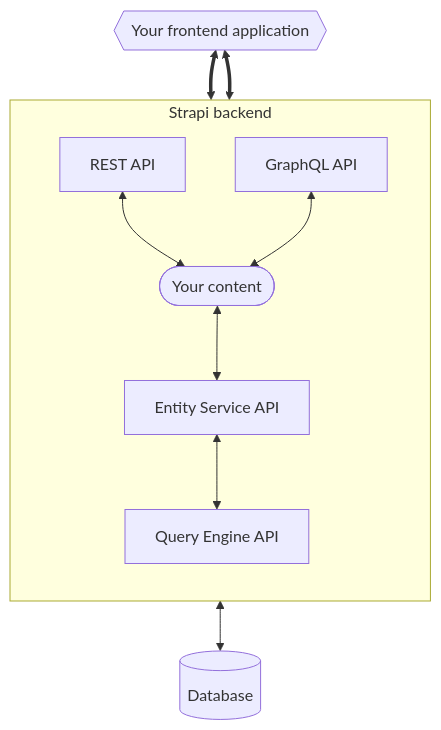
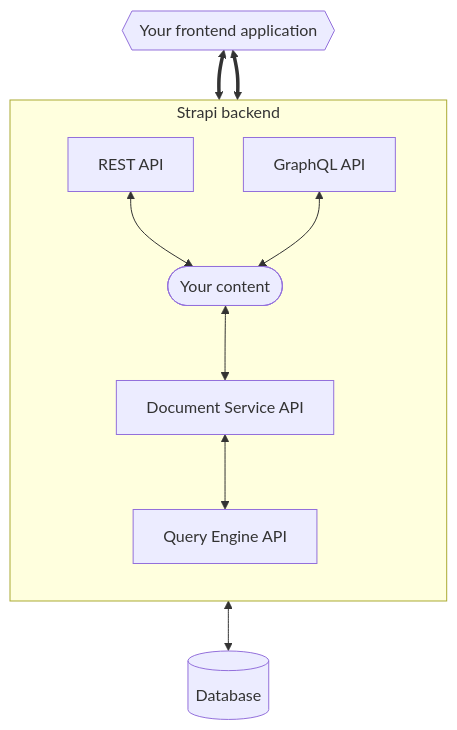
One commit to strapi/documentation changed the diagram in docusaurus/docs/dev-docs/api/content-apis.md. Above: the diagram before and after it, drawn with Mermaid. The commit also changed other lines of this file and 2 other files, not shown here.

Commit message:
Replace Entity Service with Document Service

````diff
--- a/docusaurus/docs/dev-docs/api/content-apis.md
+++ b/docusaurus/docs/dev-docs/api/content-apis.md
@@ -30,17 +30,17 @@
 ```mermaid
   flowchart BT
       database[(Database)] <--> queryEngine[Query Engine API]
       subgraph Strapi backend
           direction BT
-          queryEngine <--> entityService[Entity Service API]
-          entityService <--> content([Your content])
+          queryEngine <--> documentService[Document Service API]
+          documentService <--> content([Your content])
           content <--> rest[REST API]
           content <--> graphql[GraphQL API]
       end
       rest <==> frontend{{Your frontend application}}
       graphql <==> frontend
       click rest "/dev-docs/api/rest"
       click graphql "/dev-docs/api/graphql"
-      click entityService "/dev-docs/api/entity-service"
+      click documentService "/dev-docs/api/document-service"
       click queryEngine "/dev-docs/api/query-engine"
 ```
````
